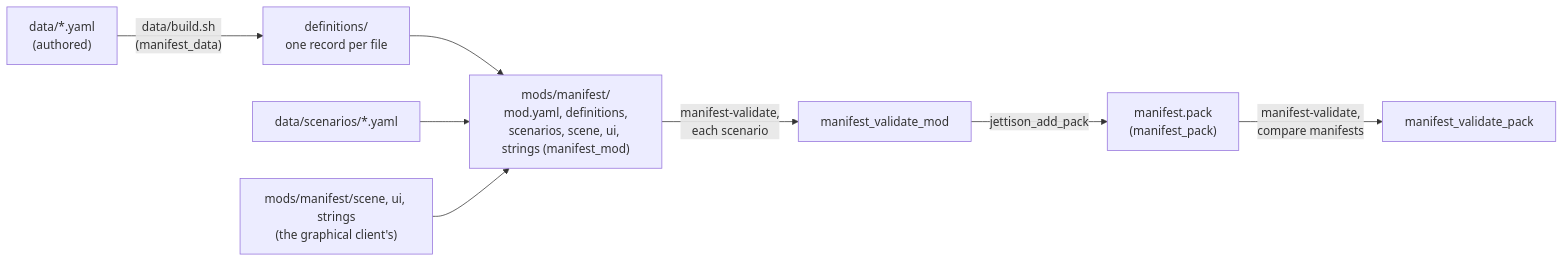
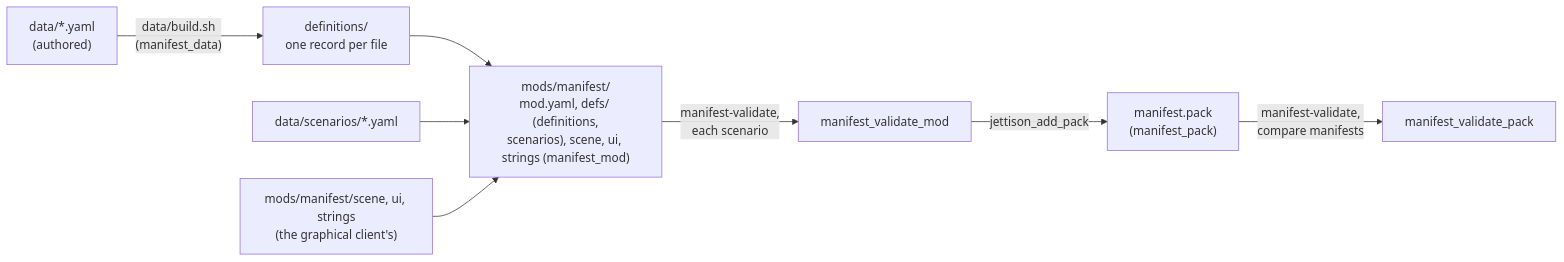
The first of 2 diagrams in docs/content.md (ivanhawkes/manifest), drawn with Mermaid before and after one commit. The commit also changed other lines of this file and 19 other files, not shown here.

First line of the commit message:
Content: Manifest's world under defs/, where Jettison looks for world content (L53)

````diff
--- a/docs/content.md
+++ b/docs/content.md
@@ -36,10 +36,10 @@
 ```mermaid
 flowchart LR
     src["data/*.yaml<br/>(authored)"] -->|"data/build.sh<br/>(manifest_data)"| defs["definitions/<br/>one record per file"]
-    defs --> mod["mods/manifest/<br/>mod.yaml, definitions,<br/>scenarios, scene, ui, strings (manifest_mod)"]
+    defs --> mod["mods/manifest/<br/>mod.yaml, defs/ (definitions,<br/>scenarios), scene, ui, strings (manifest_mod)"]
     scen["data/scenarios/*.yaml"] --> mod
     ui["mods/manifest/scene, ui, strings<br/>(the graphical client's)"] --> mod
     mod -->|"manifest-validate,<br/>each scenario"| vmod["manifest_validate_mod"]
     vmod -->|"jettison_add_pack"| pack["manifest.pack<br/>(manifest_pack)"]
     pack -->|"manifest-validate,<br/>compare manifests"| vpack["manifest_validate_pack"]
 ```
````
